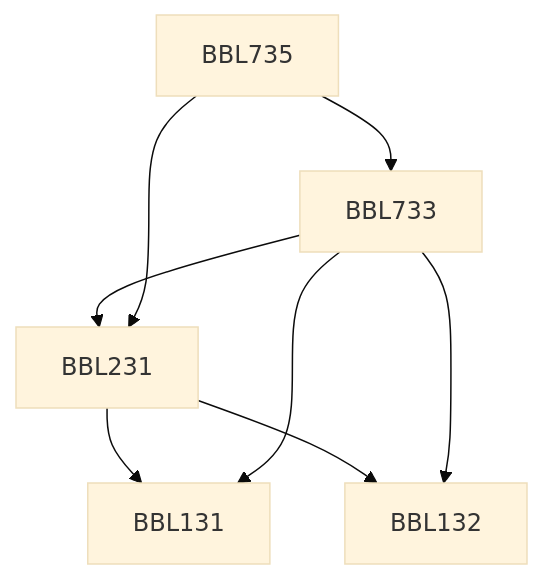
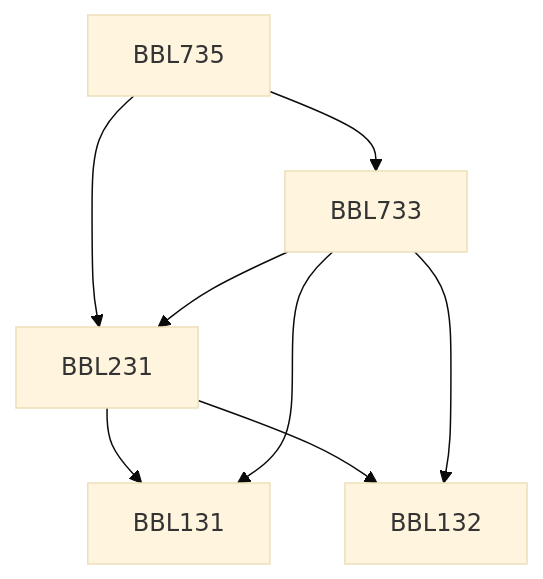
The diagram in content/Biochemical Engineering and Biotechnology/BBL735.md (KeshavBansal0122/CoS_Website), drawn with Mermaid (base theme) before and after one commit. The commit also changed other lines of this file and 2662 other files, not shown here.

````diff
--- a/content/Biochemical Engineering and Biotechnology/BBL735.md
+++ b/content/Biochemical Engineering and Biotechnology/BBL735.md
@@ -13,14 +13,14 @@
 ```mermaid
 flowchart TD
 BBL735-88[BBL735]
+BBL735-88 --> BBL231-88[BBL231]
 BBL231-88 --> BBL131-88[BBL131]
+BBL231-88 --> BBL132-88[BBL132]
+BBL735-88 --> BBL733-88[BBL733]
 BBL733-88 --> BBL131-88[BBL131]
 BBL733-88 --> BBL231-88[BBL231]
-BBL735-88 --> BBL231-88[BBL231]
-BBL735-88 --> BBL733-88[BBL733]
-BBL231-88 --> BBL132-88[BBL132]
 BBL733-88 --> BBL132-88[BBL132]
 
 classDef empty height:17px, fill:transparent, stroke:transparent;
 classDef trueEmpty height:0px, width:0px;
 ```
````
